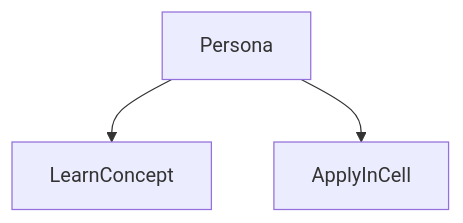
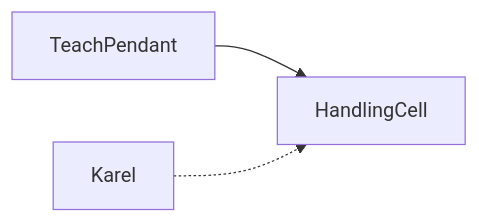
The diagram in docs/fanuc/programming-karel/overview.md (girijashankarj/garry-tj-robo-journey), drawn with Mermaid before and after one commit. The commit also changed other lines of this file and 70 other files, not shown here.

````diff
--- a/docs/fanuc/programming-karel/overview.md
+++ b/docs/fanuc/programming-karel/overview.md
@@ -30,8 +22,7 @@
 ```mermaid
-flowchart TD
-  actor[Persona]
-  uc1[LearnConcept]
-  uc2[ApplyInCell]
-  actor --> uc1
-  actor --> uc2
+flowchart LR
+  tp[TeachPendant]
+  karel[Karel]
+  tp --> cell[HandlingCell]
+  karel -.-> cell
 ```
````
